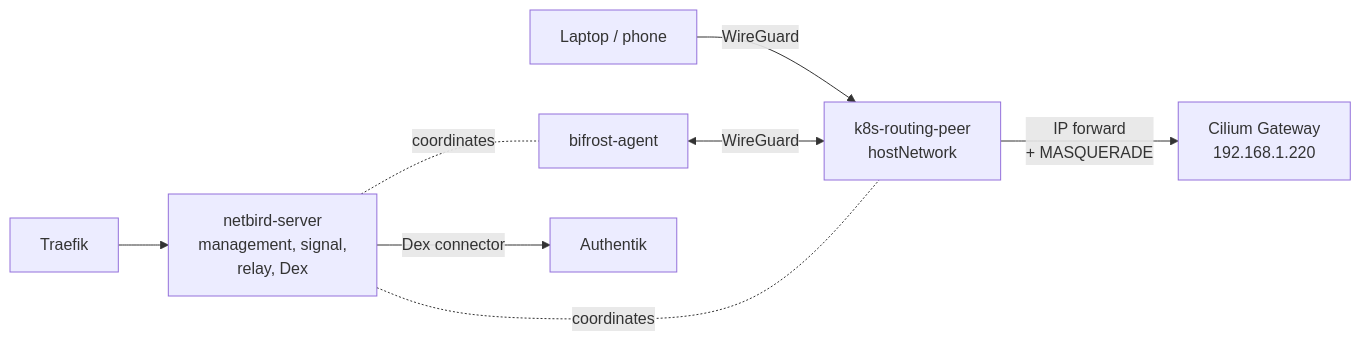
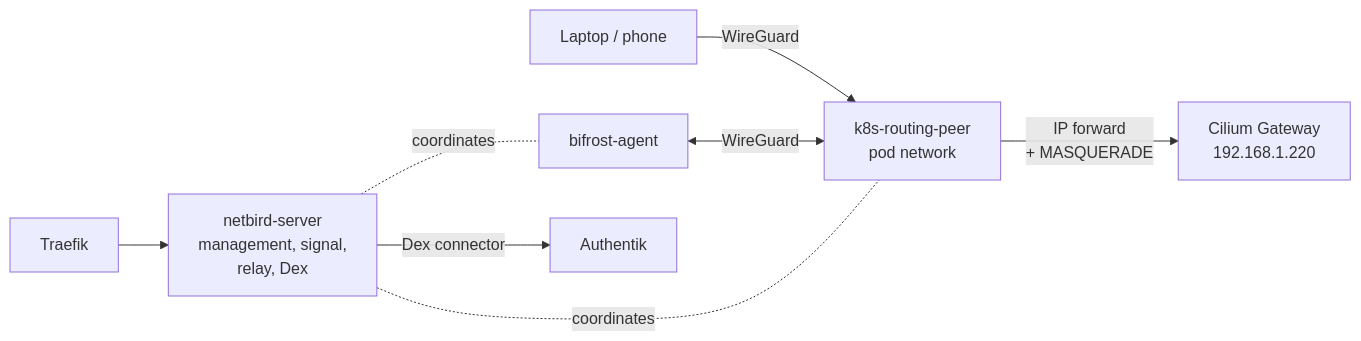
Before and after one commit to madhank93/homelab: the diagram in docs/src/content/docs/cloud/netbird.mdx, drawn with Mermaid. The commit also changed other lines of this file and 6 other files, not shown here.

Commit message:
docs(netbird): describe peer in pod netns instead of hostNetwork

````diff
--- a/docs/src/content/docs/cloud/netbird.mdx
+++ b/docs/src/content/docs/cloud/netbird.mdx
@@ -20,9 +20,9 @@
 ```mermaid
 flowchart LR
   L[Laptop / phone] -->|WireGuard| P
   T[Traefik] --> S[netbird-server<br/>management, signal,<br/>relay, Dex]
-  B[bifrost-agent] <-->|WireGuard| P[k8s-routing-peer<br/>hostNetwork]
+  B[bifrost-agent] <-->|WireGuard| P[k8s-routing-peer<br/>pod network]
   S -. coordinates .- B & P
   P -->|IP forward<br/>+ MASQUERADE| G[Cilium Gateway<br/>192.168.1.220]
   S -->|Dex connector| A[Authentik]
 ```
````
